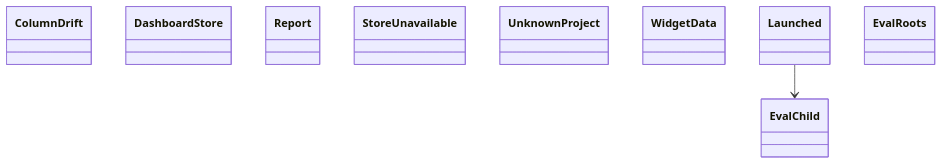
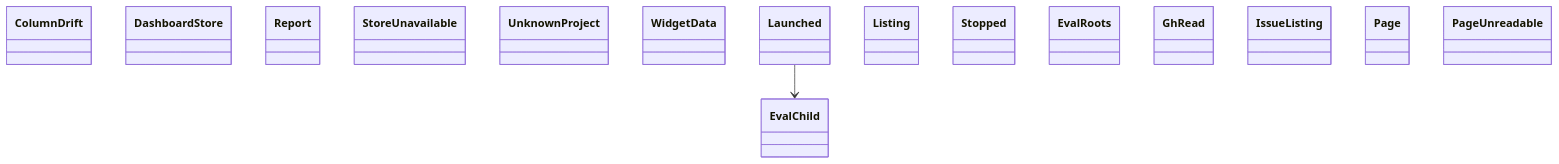
Before and after one commit to GonzaloZevallos/agentic-system: the diagram in docs/architecture/generated/classes-measurement-application-all.md, drawn with Mermaid. The commit also changed 12 other files, not shown here.

Commit message:
Keep times_for out of the measurement domain page, which is at its edge budget, and commit the regenerated architecture pages

````diff
--- a/docs/architecture/generated/classes-measurement-application-all.md
+++ b/docs/architecture/generated/classes-measurement-application-all.md
@@ -5,13 +5,19 @@
 ```mermaid
 classDiagram
     class dashboards__ColumnDrift["ColumnDrift"]
     class dashboards__DashboardStore["DashboardStore"]
     class dashboards__Report["Report"]
     class dashboards__StoreUnavailable["StoreUnavailable"]
     class dashboards__UnknownProject["UnknownProject"]
     class dashboards__WidgetData["WidgetData"]
     class eval_commands__Launched["Launched"]
+    class listing_reads__Listing["Listing"]
+    class listing_reads__Stopped["Stopped"]
     class ports__EvalChild["EvalChild"]
     class ports__EvalRoots["EvalRoots"]
+    class ports__GhRead["GhRead"]
+    class ports__IssueListing["IssueListing"]
+    class ports__Page["Page"]
+    class ports__PageUnreadable["PageUnreadable"]
     eval_commands__Launched --> ports__EvalChild
 ```
````
